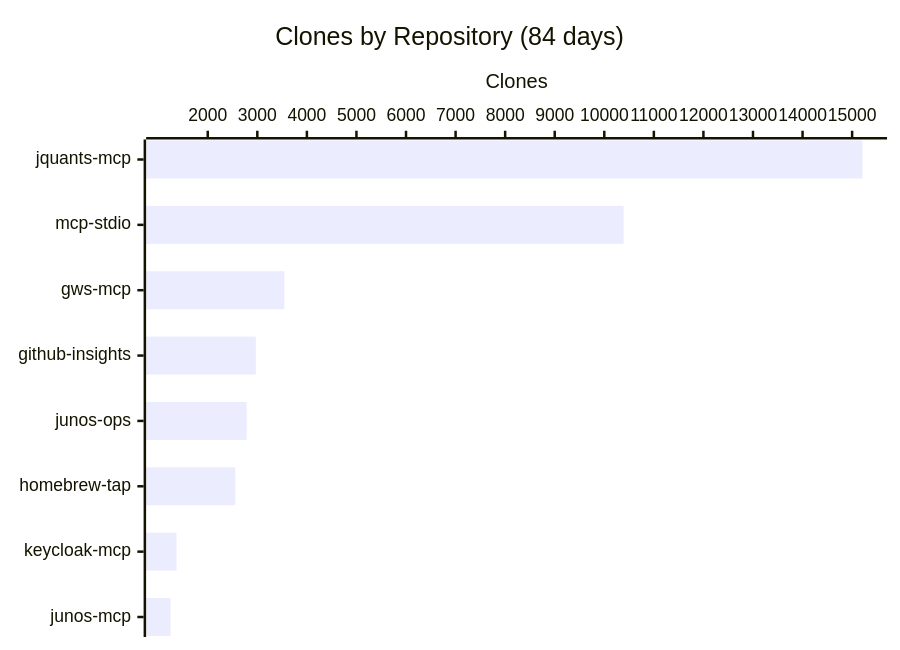
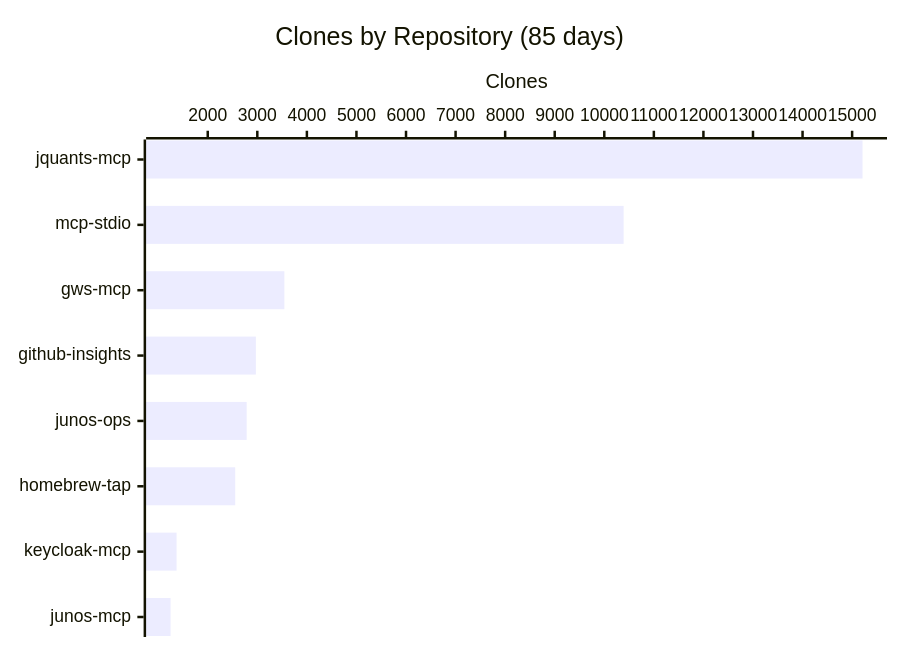
Before and after one commit to shigechika/github-insights: the third of 3 diagrams in README.md, drawn with Mermaid. The commit also changed other lines of this file and 2 other files, not shown here.

````diff
--- a/README.md
+++ b/README.md
@@ -43,7 +43,7 @@
 ```mermaid
 xychart-beta horizontal
-    title "Clones by Repository (84 days)"
+    title "Clones by Repository (85 days)"
     x-axis ["jquants-mcp", "mcp-stdio", "gws-mcp", "github-insights", "junos-ops", "homebrew-tap", "keycloak-mcp", "junos-mcp"]
     y-axis "Clones"
     bar [15210, 10390, 3546, 2971, 2785, 2554, 1371, 1250]
 ```
````
